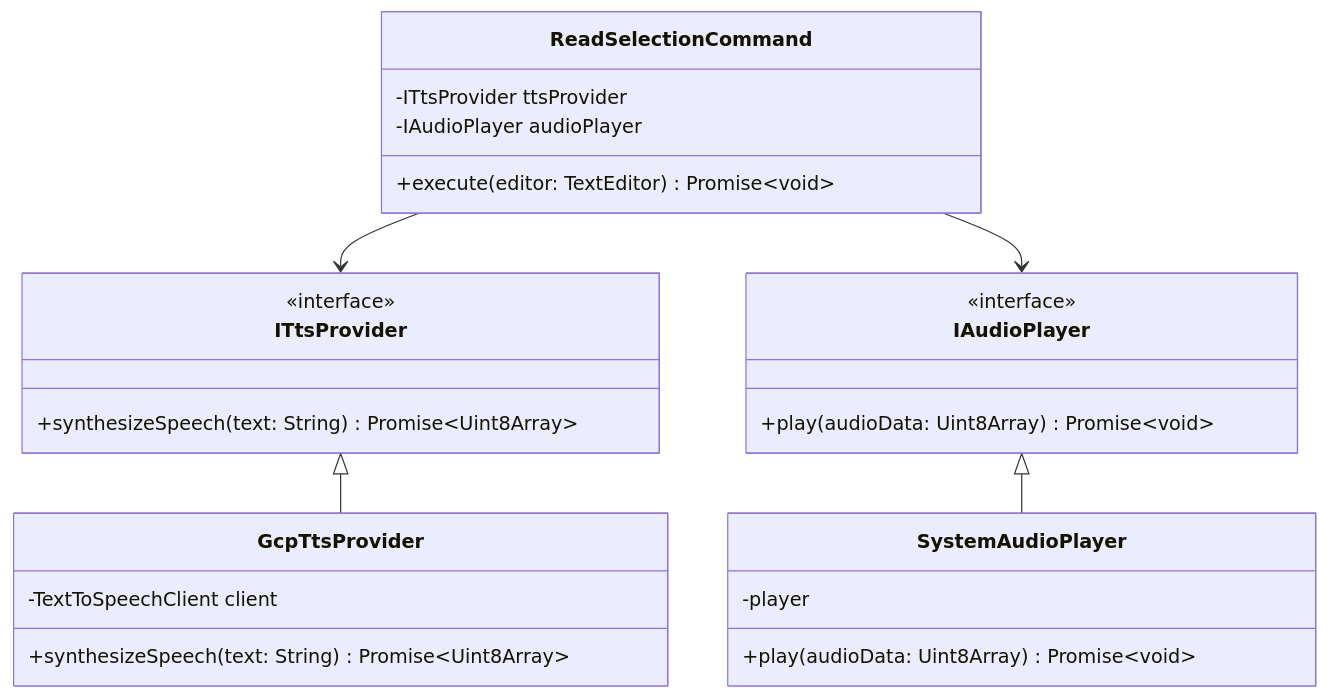
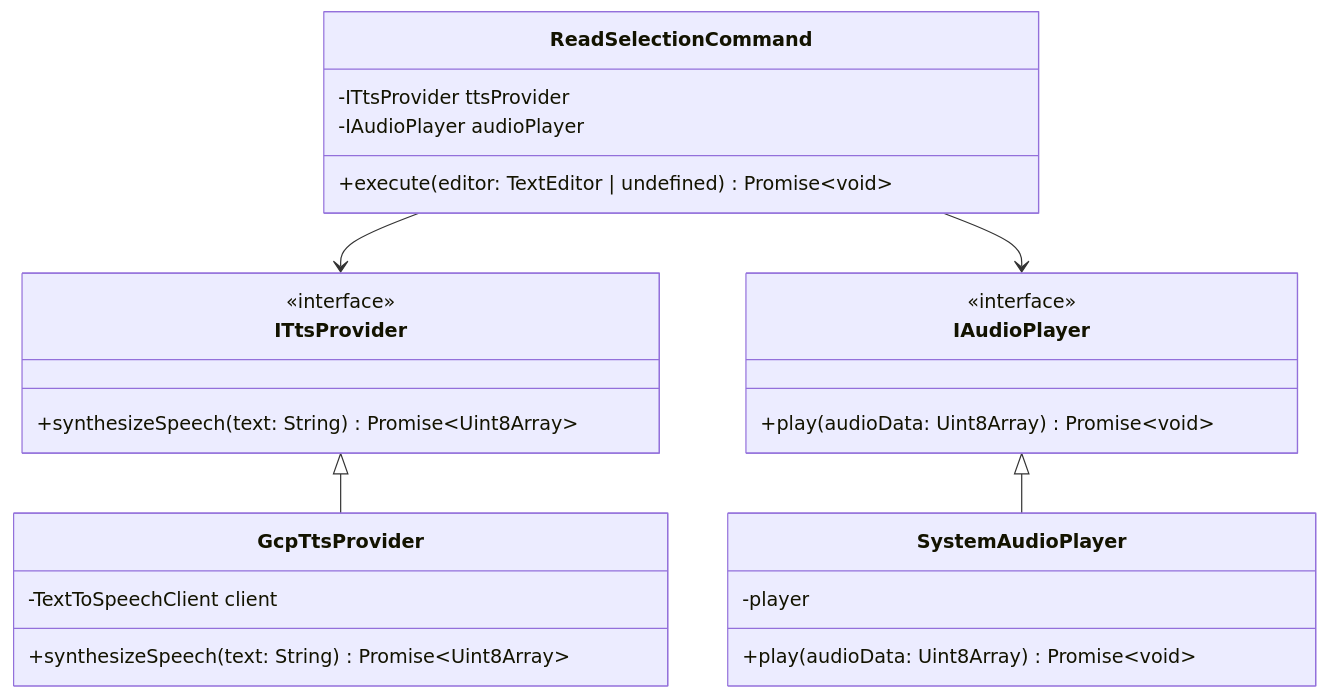
One commit to kernelpenguin/antigravity-gemini-voice changed the second of 3 diagrams in docs/architecture.md. Above: the diagram before and after it, drawn with Mermaid. The commit also changed other lines of this file, not shown here.

Commit message:
Update docs/architecture.md with bilingual and factually accurate content

````diff
--- a/docs/architecture.md
+++ b/docs/architecture.md
@@ -42,33 +55,33 @@
 ```mermaid
 classDiagram
     class ReadSelectionCommand {
         -ITtsProvider ttsProvider
         -IAudioPlayer audioPlayer
-        +execute(editor: TextEditor) Promise~void~
+        +execute(editor: TextEditor | undefined) Promise~void~
     }
 
     class ITtsProvider {
         <<interface>>
         +synthesizeSpeech(text: String) Promise~Uint8Array~
     }
 
     class IAudioPlayer {
         <<interface>>
         +play(audioData: Uint8Array) Promise~void~
     }
 
     class GcpTtsProvider {
         -TextToSpeechClient client
         +synthesizeSpeech(text: String) Promise~Uint8Array~
     }
 
     class SystemAudioPlayer {
         -player
         +play(audioData: Uint8Array) Promise~void~
     }
 
     ReadSelectionCommand --> ITtsProvider
     ReadSelectionCommand --> IAudioPlayer
     ITtsProvider <|-- GcpTtsProvider
     IAudioPlayer <|-- SystemAudioPlayer
 ```
````
